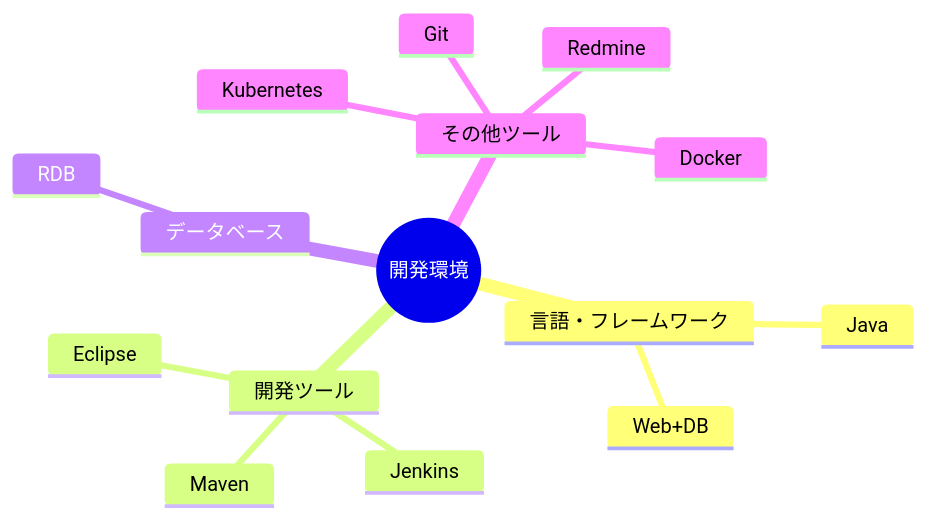
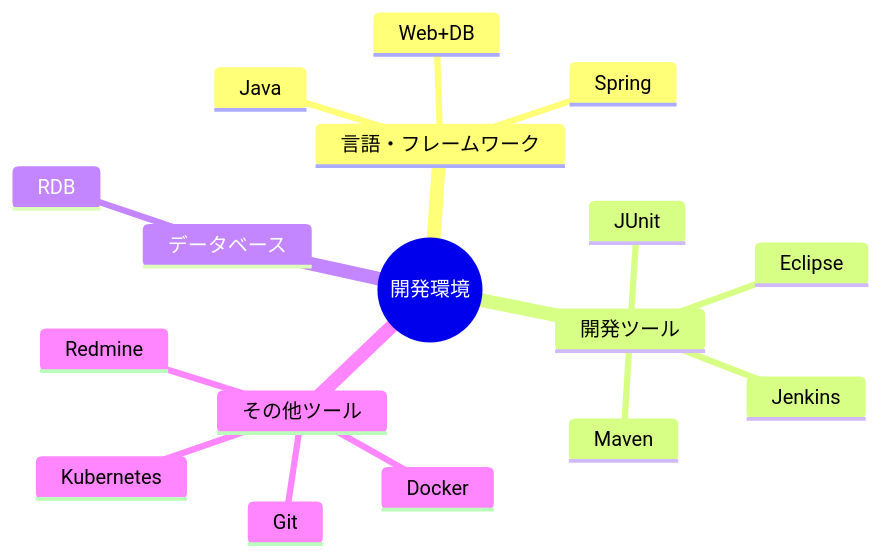
One commit to KenichiroArai/Zenn changed the fifth of 6 diagrams in 番号ごと/#00001/#00001/#00001_本文.md. Above: the diagram before and after it, drawn with Mermaid. The commit also changed other lines of this file, not shown here.

````diff
--- a/番号ごと/#00001/#00001/#00001_本文.md
+++ b/番号ごと/#00001/#00001/#00001_本文.md
@@ -265,18 +265,20 @@
 ```mermaid
 mindmap
   root((開発環境))
     言語・フレームワーク
       Java
       Web+DB
+      Spring
     開発ツール
       Eclipse
       Maven
       Jenkins
+      JUnit
     データベース
       RDB
     その他ツール
       Git
       Docker
       Kubernetes
       Redmine
 ```
````
